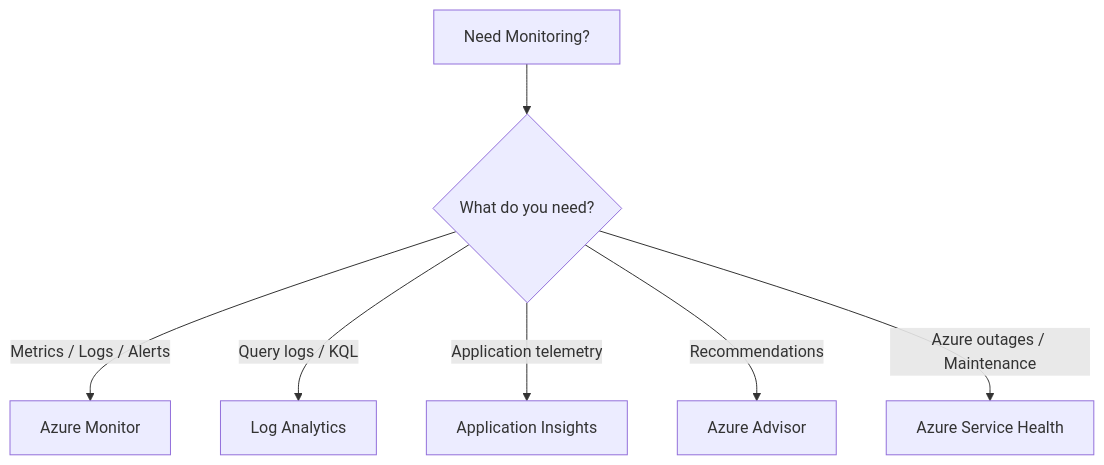
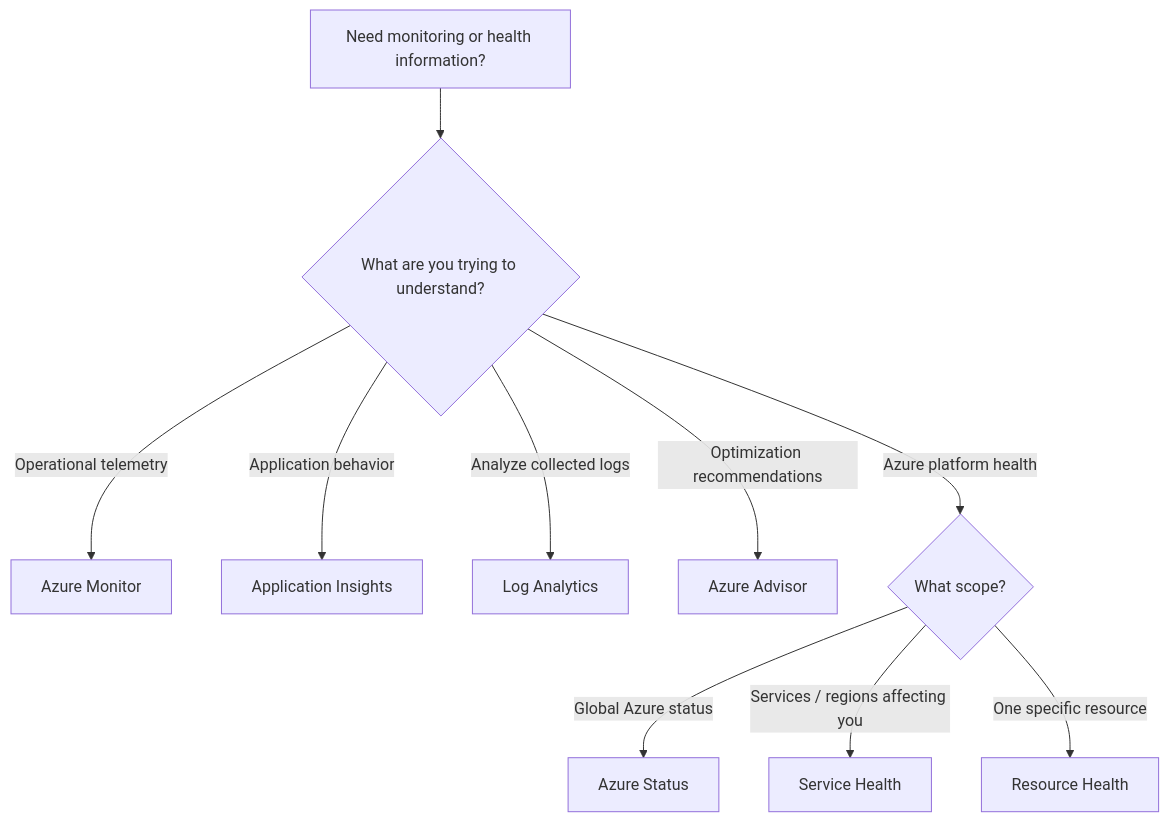
The diagram in exam/decision-trees/monitoring-decision-tree.md (zhyordanova/azure-fundamentals-handbook), drawn with Mermaid before and after one commit. The commit also changed other lines of this file and 5 other files, not shown here.

````diff
--- a/exam/decision-trees/monitoring-decision-tree.md
+++ b/exam/decision-trees/monitoring-decision-tree.md
@@ -3,15 +3,15 @@
 ```mermaid
 flowchart TD
 
-    A["Need Monitoring?"] --> B{"What do you need?"}
+    A["Need monitoring or health information?"] --> B{"What are you trying to understand?"}
 
-    B -->|Metrics / Logs / Alerts| C["Azure Monitor"]
+    B -->|"Operational telemetry"| MON["Azure Monitor"]
+    B -->|"Application behavior"| APP["Application Insights"]
+    B -->|"Analyze collected logs"| LOG["Log Analytics"]
+    B -->|"Optimization recommendations"| ADV["Azure Advisor"]
+    B -->|"Azure platform health"| HEALTH{"What scope?"}
 
-    B -->|Query logs / KQL| D["Log Analytics"]
-
-    B -->|Application telemetry| E["Application Insights"]
-
-    B -->|Recommendations| F["Azure Advisor"]
-
-    B -->|Azure outages / Maintenance| G["Azure Service Health"]
+    HEALTH -->|"Global Azure status"| STATUS["Azure Status"]
+    HEALTH -->|"Services / regions affecting you"| SH["Service Health"]
+    HEALTH -->|"One specific resource"| RH["Resource Health"]
 ```
````
